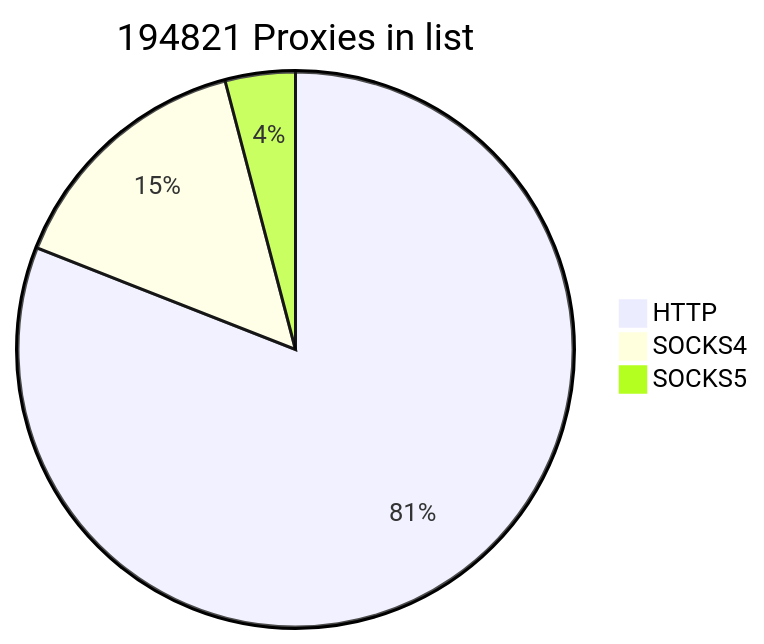
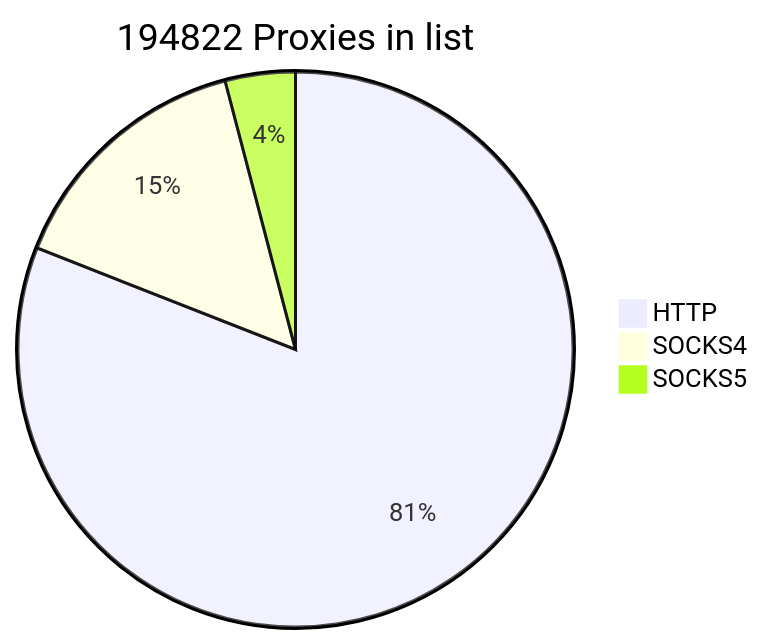
Before and after one commit to cutipu/proxylist: the first of 2 diagrams in README.md, drawn with Mermaid. The commit also changed other lines of this file, not shown here.

````diff
--- a/README.md
+++ b/README.md
@@ -2,7 +2,7 @@
 ```mermaid
-pie title 194821 Proxies in list
+pie title 194822 Proxies in list
     "HTTP" : 157727
     "SOCKS4" : 29147
-    "SOCKS5" : 7947
+    "SOCKS5" : 7948
             
 ```
````
